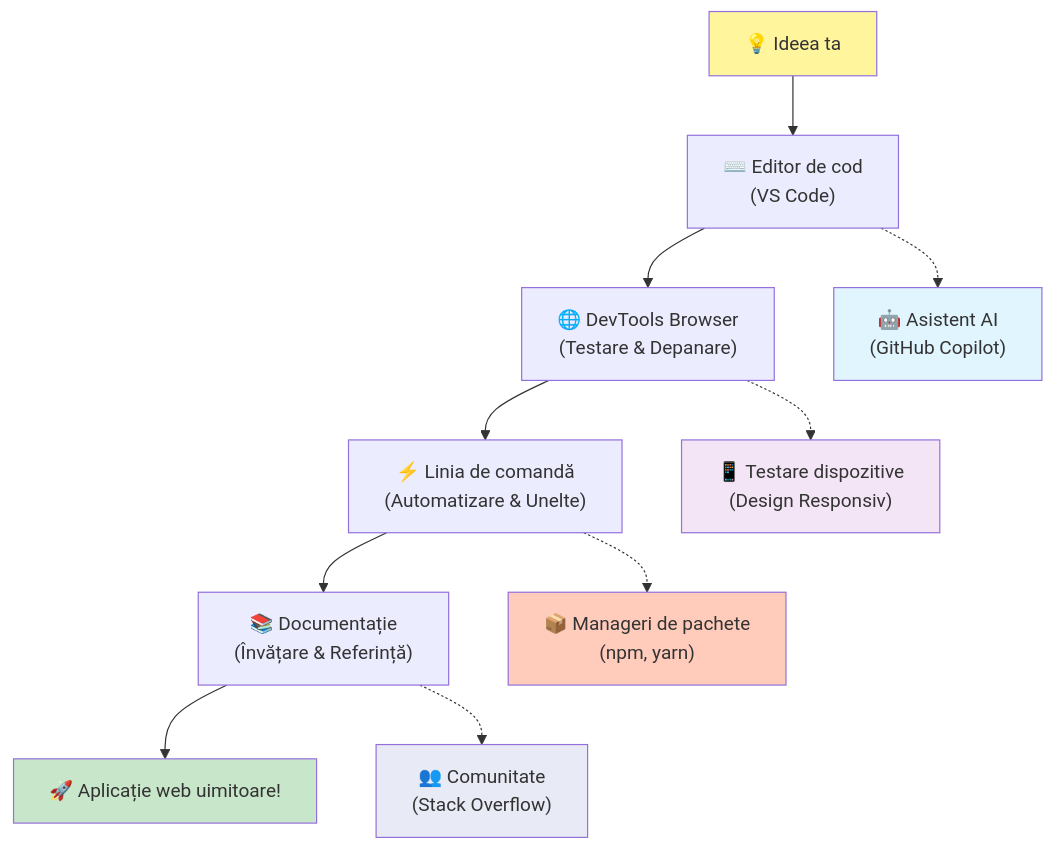
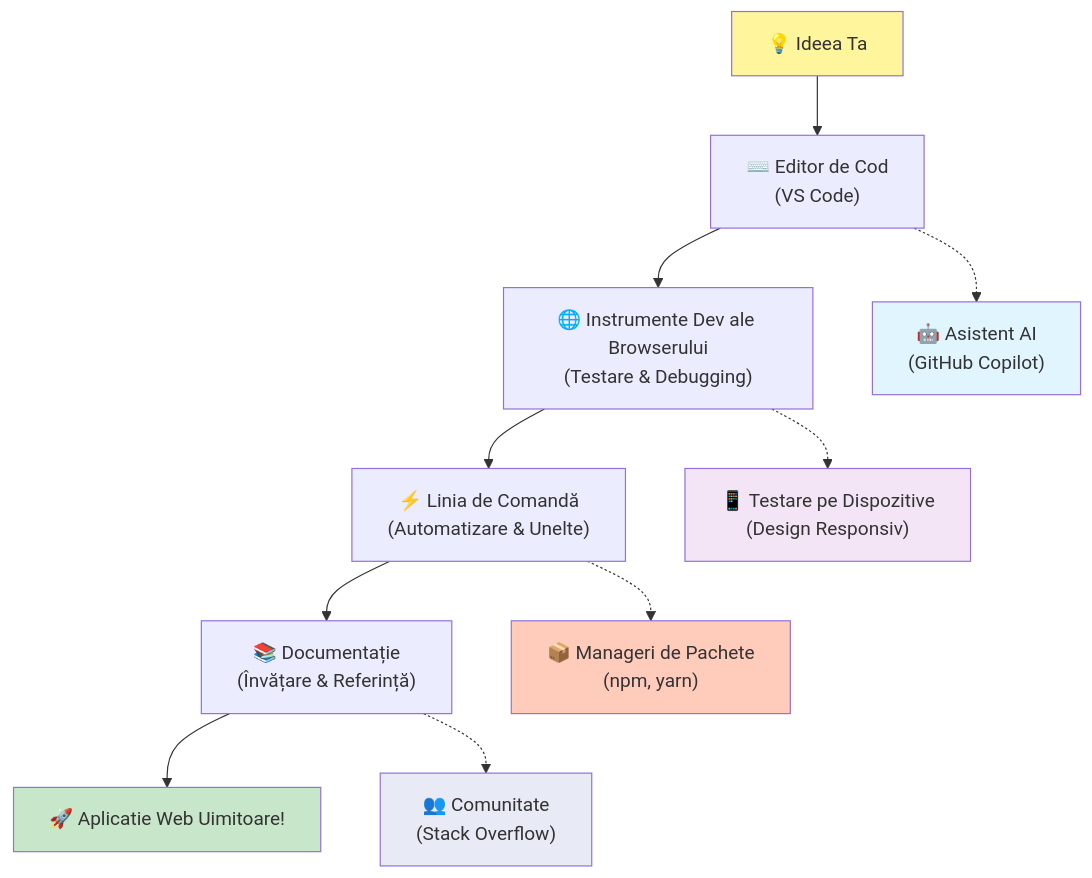
The fifth of 7 diagrams in translations/ro/1-getting-started-lessons/1-intro-to-programming-languages/README.md (microsoft/Web-Dev-For-Beginners), drawn with Mermaid before and after one commit. The commit also changed other lines of this file and 11 other files, not shown here.

````diff
--- a/translations/ro/1-getting-started-lessons/1-intro-to-programming-languages/README.md
+++ b/translations/ro/1-getting-started-lessons/1-intro-to-programming-languages/README.md
@@ -487,20 +488,20 @@
 ```mermaid
 graph TD
-    A["💡 Ideea ta"] --> B["⌨️ Editor de cod<br/>(VS Code)"] 
-    B --> C["🌐 DevTools Browser<br/>(Testare & Depanare)"]
-    C --> D["⚡ Linia de comandă<br/>(Automatizare & Unelte)"]
+    A["💡 Ideea Ta"] --> B["⌨️ Editor de Cod<br/>(VS Code)"] 
+    B --> C["🌐 Instrumente Dev ale Browserului<br/>(Testare & Debugging)"]
+    C --> D["⚡ Linia de Comandă<br/>(Automatizare & Unelte)"]
     D --> E["📚 Documentație<br/>(Învățare & Referință)"]
-    E --> F["🚀 Aplicație web uimitoare!"]
+    E --> F["🚀 Aplicatie Web Uimitoare!"]
     
     B -.-> G["🤖 Asistent AI<br/>(GitHub Copilot)"]
-    C -.-> H["📱 Testare dispozitive<br/>(Design Responsiv)"]
-    D -.-> I["📦 Manageri de pachete<br/>(npm, yarn)"]
+    C -.-> H["📱 Testare pe Dispozitive<br/>(Design Responsiv)"]
+    D -.-> I["📦 Manageri de Pachete<br/>(npm, yarn)"]
     E -.-> J["👥 Comunitate<br/>(Stack Overflow)"]
     
     style A fill:#fff59d
     style F fill:#c8e6c9
     style G fill:#e1f5fe
     style H fill:#f3e5f5
     style I fill:#ffccbc
     style J fill:#e8eaf6
-```  
+```
````
